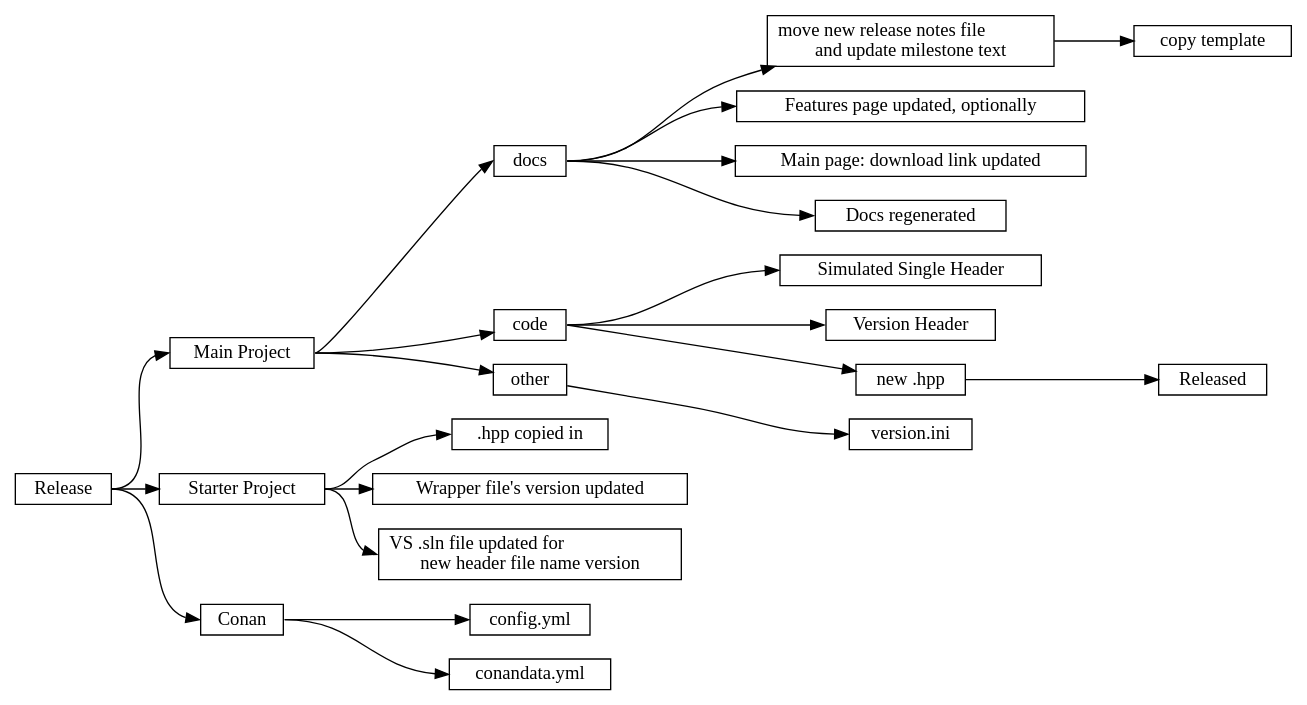
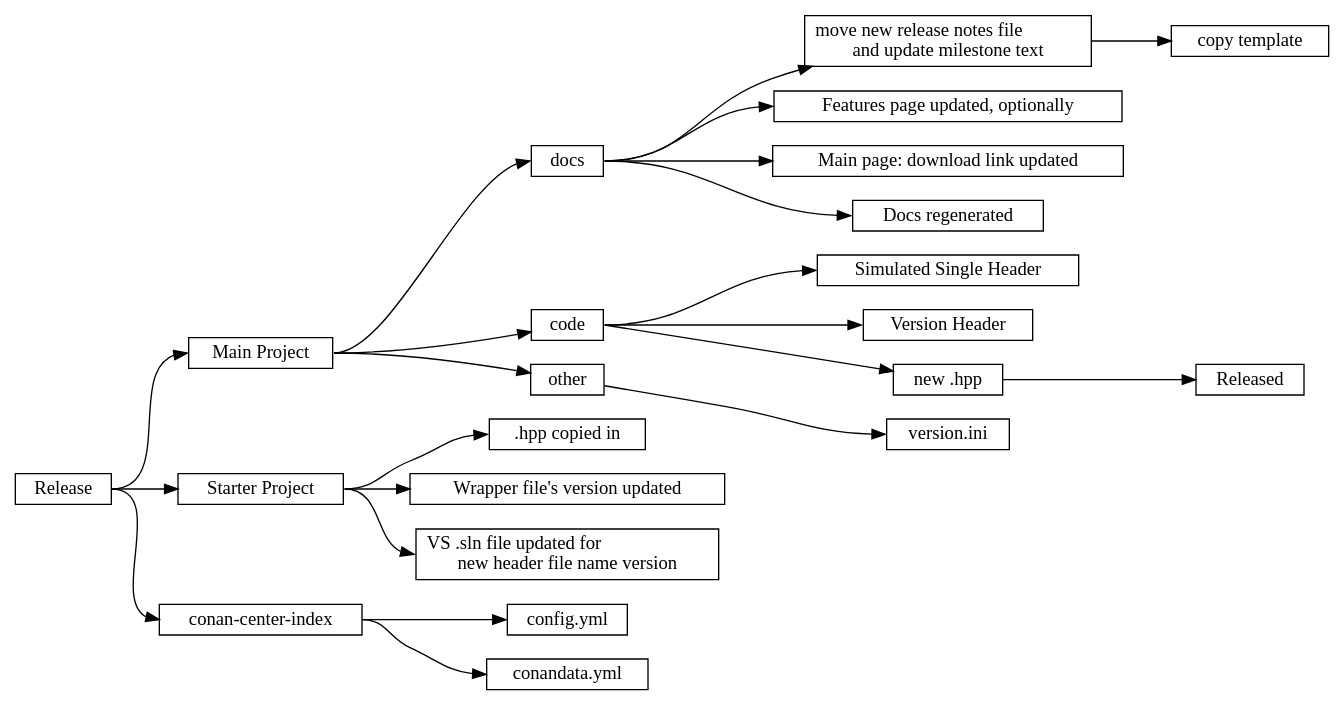
The diagram in doc/images/source/release_files_mindmap.dot (approvals/ApprovalTests.cpp), drawn with Graphviz before and after one commit. The commit also changed 1 other file, not shown here.

Commit message:
d   Clearer name for conan-center-index repo

```diff
--- a/doc/images/source/release_files_mindmap.dot
+++ b/doc/images/source/release_files_mindmap.dot
@@ -1,33 +1,33 @@
 digraph mdsnippets_flow {
     rankdir = "LR"
     node [fontsize = 14, shape = box, height = 0.25]
     edge [fontsize = 14]
 
     "Release";
     /* 1 */
     "Release": e -> "Main Project": w;
     /* 1.1 */
     "Main Project": e -> "docs": w;
     "docs": e -> "move new release notes file\land update milestone text" -> "copy template";
     "docs": e -> "Features page updated, optionally": w;
     "docs": e -> "Main page: download link updated": w;
     "docs": e -> "Docs regenerated": w;
     /* 1.2 */
     "Main Project": e -> "code";
     "code": e -> "Simulated Single Header": w;
     "code": e -> "Version Header": w;
     "code": e -> "new .hpp" -> "Released";
     /* 1.3 */
     "Main Project": e -> "other" -> "version.ini": w;
     /* 2 */
     "Release": e -> "Starter Project";
     /* 2.1 */
     "Starter Project": e -> ".hpp copied in": w;
     "Starter Project": e -> "Wrapper file's version updated": w;
     "Starter Project": e -> "VS .sln file updated for\lnew header file name version": w;
     /* 3 */
-    "Release": e -> "Conan": w;
+    "Release": e -> "conan-center-index": w;
     /* 3.1 */
-    "Conan": e -> "config.yml": w;
-    "Conan": e -> "conandata.yml": w;
+    "conan-center-index": e -> "config.yml": w;
+    "conan-center-index": e -> "conandata.yml": w;
 }
```
